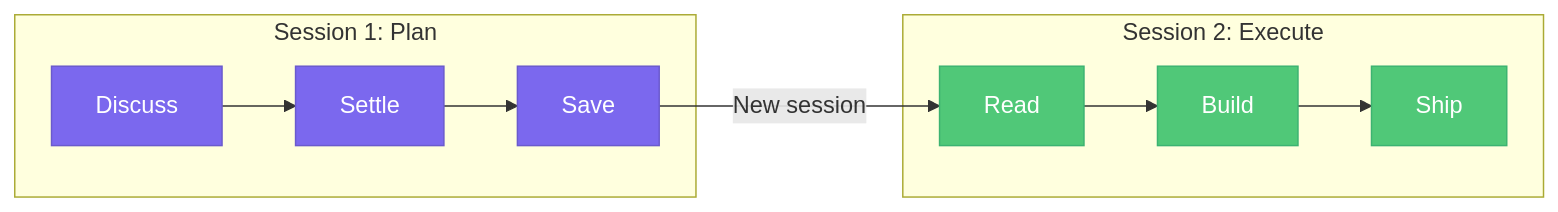
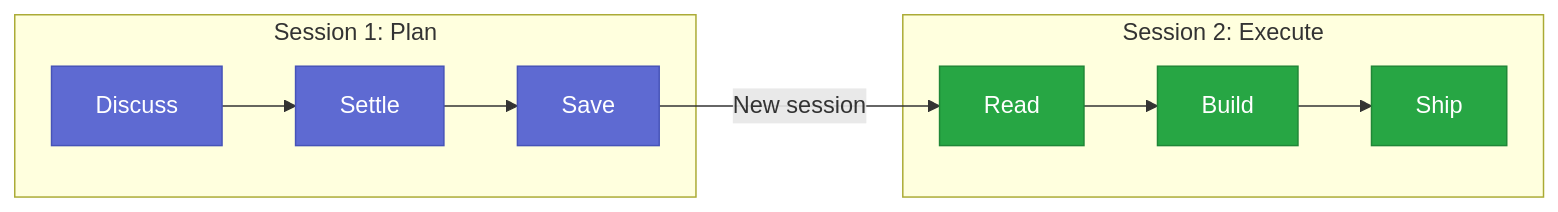
Before and after one commit to ao92265/claude-code-playbook: the sixth of 9 diagrams in README.md, drawn with Mermaid. The commit also changed other lines of this file and 2 other files, not shown here.

First line of the commit message:
docs: visual upgrade — branded hero, unified diagram design system (#14)

````diff
--- a/README.md
+++ b/README.md
@@ -502,19 +525,17 @@
 ```mermaid
 graph LR
     subgraph "Session 1: Plan"
         P1["Discuss"] --> P2["Settle"] --> P3["Save"]
     end
 
     subgraph "Session 2: Execute"
         E1["Read"] --> E2["Build"] --> E3["Ship"]
     end
 
     P3 -->|"New session"| E1
 
-    style P1 fill:#7B68EE,stroke:#6A5ACD,color:#fff
-    style P2 fill:#7B68EE,stroke:#6A5ACD,color:#fff
-    style P3 fill:#7B68EE,stroke:#6A5ACD,color:#fff
-    style E1 fill:#50C878,stroke:#3CB371,color:#fff
-    style E2 fill:#50C878,stroke:#3CB371,color:#fff
-    style E3 fill:#50C878,stroke:#3CB371,color:#fff
+    classDef primary fill:#5E6AD2,stroke:#4653B8,color:#FFFFFF
+    classDef success fill:#27A644,stroke:#1F8737,color:#FFFFFF
+    class P1,P2,P3 primary
+    class E1,E2,E3 success
 ```
````
